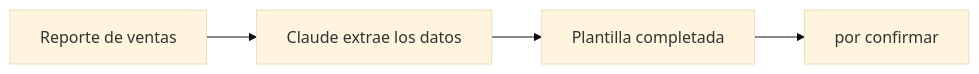
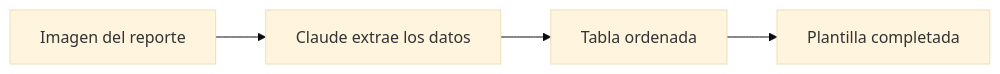
Before and after one commit to DarioArteaga/unacem-marketplace: the diagram in content/casos/liquidacion-mensual-igv.md, drawn with Mermaid (base theme). The commit also changed other lines of this file and 19 other files, not shown here.

````diff
--- a/content/casos/liquidacion-mensual-igv.md
+++ b/content/casos/liquidacion-mensual-igv.md
@@ -21,6 +38,6 @@
 ```mermaid
 flowchart LR
-    A[Reporte de ventas] --> B[Claude extrae los datos]
-    B --> C[Plantilla completada]
-    C --> D[por confirmar]
+    A[Imagen del reporte] --> B[Claude extrae los datos]
+    B --> C[Tabla ordenada]
+    C --> D[Plantilla completada]
 ```
````
